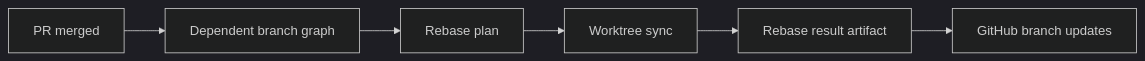
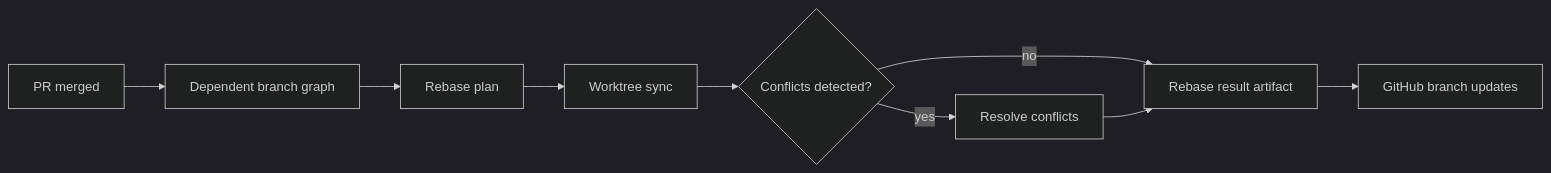
The diagram in packages/branching/README.md (VannaDii/ironloom), drawn with Mermaid (dark theme) before and after one commit. The commit also changed other lines of this file and 168 other files, not shown here.

````diff
--- a/packages/branching/README.md
+++ b/packages/branching/README.md
@@ -14,8 +16,11 @@
 ```mermaid
 flowchart LR
   Merge[PR merged] --> Graph[Dependent branch graph]
   Graph --> Plan[Rebase plan]
   Plan --> Worktrees[Worktree sync]
-  Worktrees --> Result[Rebase result artifact]
+  Worktrees --> Conflict{Conflicts detected?}
+  Conflict -->|yes| Resolve[Resolve conflicts]
+  Conflict -->|no| Result[Rebase result artifact]
+  Resolve --> Result
   Result --> GitHub[GitHub branch updates]
 ```
````
